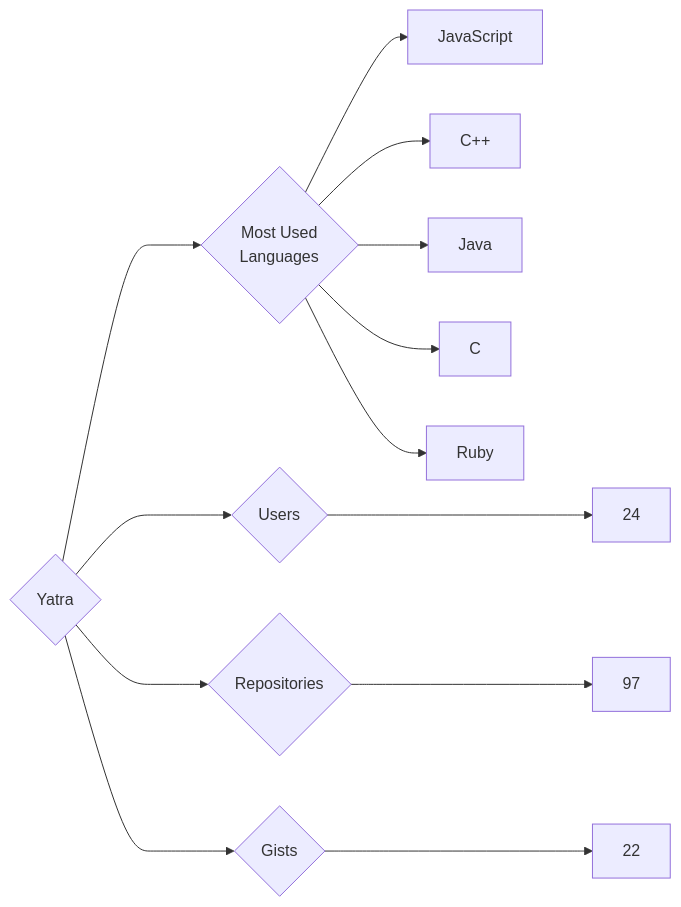
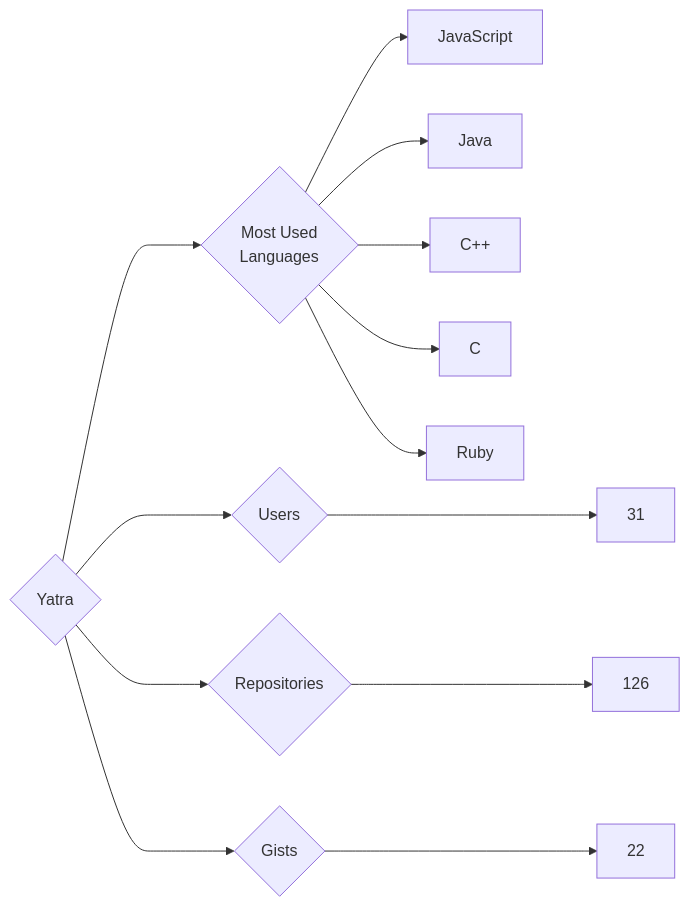
Before and after one commit to trickest/insiders: the diagram in targets/Yatra/README.md, drawn with Mermaid. The commit also changed 799 other files, not shown here.

````diff
--- a/targets/Yatra/README.md
+++ b/targets/Yatra/README.md
@@ -3,13 +3,13 @@
 ```mermaid
 graph LR
 COMPANY_NAME{Yatra}
-COMPANY_NAME ---> U{Users} ---> UN[24]
-COMPANY_NAME ---> R{Repositories} ---> RN[97]
+COMPANY_NAME ---> U{Users} ---> UN[31]
+COMPANY_NAME ---> R{Repositories} ---> RN[126]
 COMPANY_NAME ---> G{Gists} ---> GN[22]
 COMPANY_NAME ---> ML{Most Used<br>Languages}
 ML --> JavaScript[JavaScript]
+ML --> Java[Java]
 ML --> C++[C++]
-ML --> Java[Java]
 ML --> C[C]
 ML --> Ruby[Ruby]
 ```
````
